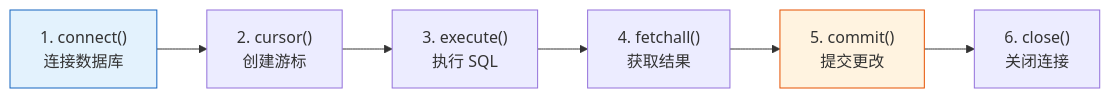
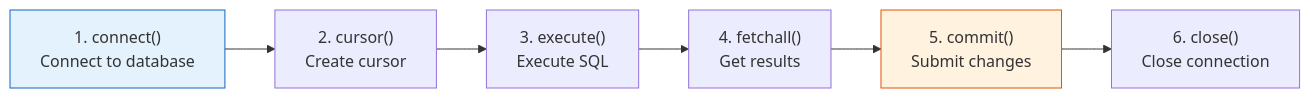
Before and after one commit to oudbiao/AI-fullstack-course: the second of 2 diagrams in docs/ch03-data-analysis/ch05-database/03-python-db.md, drawn with Mermaid. The commit also changed other lines of this file and 1406 other files, not shown here.

````diff
--- a/docs/ch03-data-analysis/ch05-database/03-python-db.md
+++ b/docs/ch03-data-analysis/ch05-database/03-python-db.md
@@ -80,11 +80,11 @@
 ```mermaid
 flowchart LR
-    A["1. connect()<br/>连接数据库"] --> B["2. cursor()<br/>创建游标"]
-    B --> C["3. execute()<br/>执行 SQL"]
-    C --> D["4. fetchall()<br/>获取结果"]
-    D --> E["5. commit()<br/>提交更改"]
-    E --> F["6. close()<br/>关闭连接"]
+    A["1. connect()<br/>Connect to database"] --> B["2. cursor()<br/>Create cursor"]
+    B --> C["3. execute()<br/>Execute SQL"]
+    C --> D["4. fetchall()<br/>Get results"]
+    D --> E["5. commit()<br/>Submit changes"]
+    E --> F["6. close()<br/>Close connection"]
 
     style A fill:#e3f2fd,stroke:#1565c0
     style E fill:#fff3e0,stroke:#e65100
 ```
````
